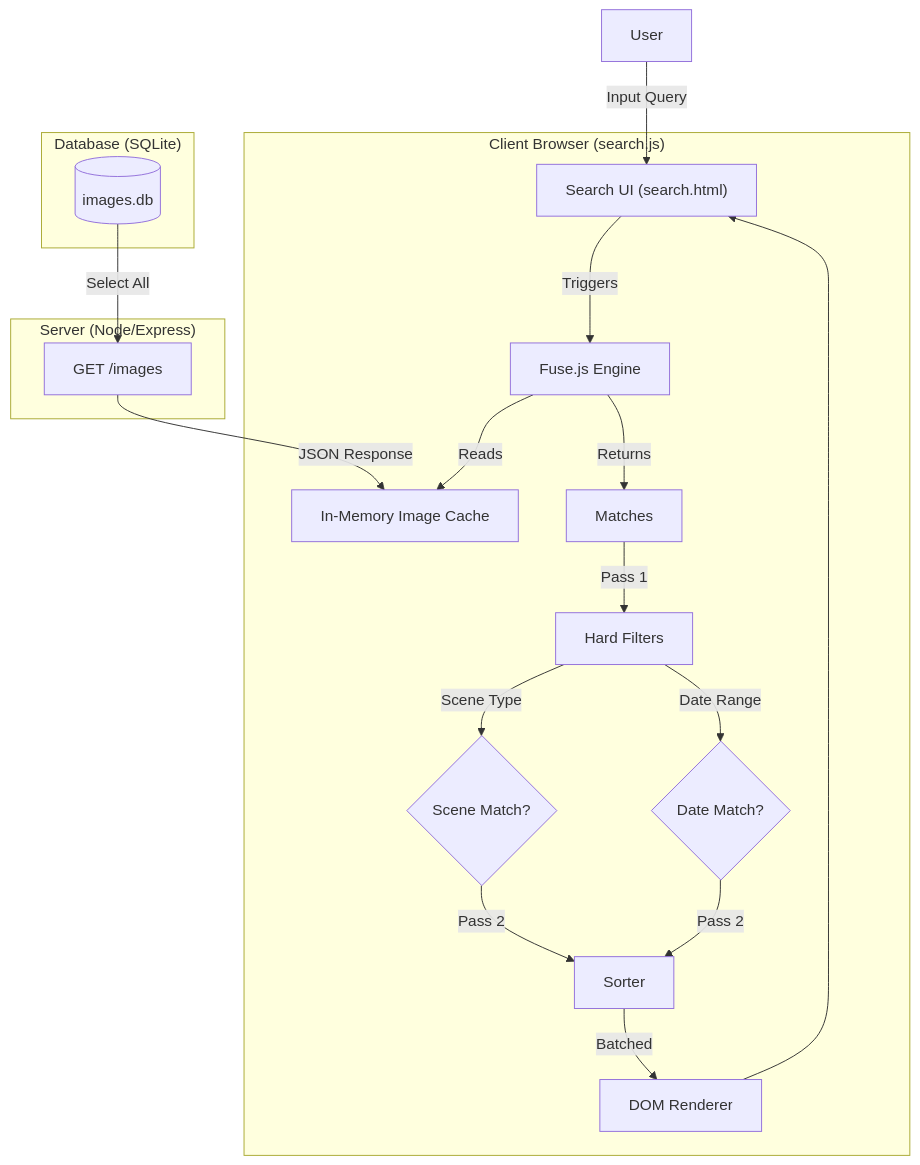
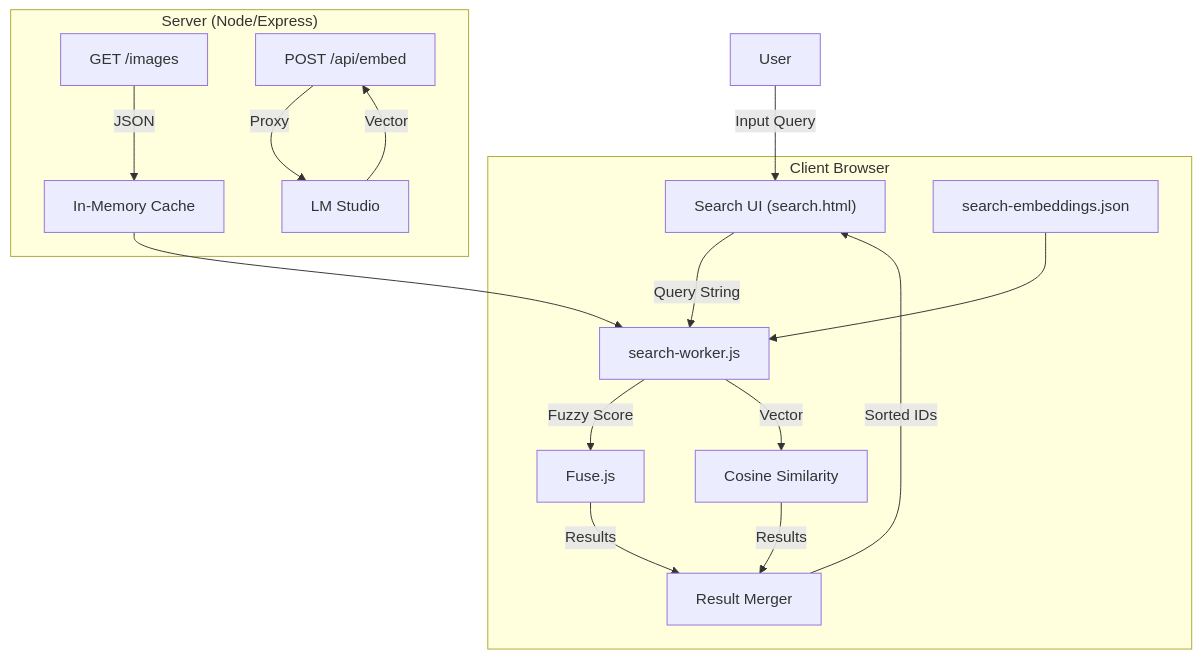
The first of 2 diagrams in readme_search.md (hellonearthis/LM-AI-studio), drawn with Mermaid before and after one commit. The commit also changed other lines of this file and 13 other files, not shown here.

````diff
--- a/readme_search.md
+++ b/readme_search.md
@@ -36,27 +43,25 @@
 ```mermaid
 graph TD
     User[User] -->|Input Query| UI["Search UI (search.html)"]
     
-    subgraph "Client Browser (search.js)"
-        UI -->|Triggers| Fuse[Fuse.js Engine]
-        Fuse -->|Reads| Memory[In-Memory Image Cache]
-        Fuse -->|Returns| RawResults[Matches]
+    subgraph "Server (Node/Express)"
+        API_Img[GET /images] -->|JSON| Cache
+        API_Embed[POST /api/embed] -->|Proxy| LMS[LM Studio]
+        LMS -->|Vector| API_Embed
+    end
+
+    subgraph "Client Browser"
+        UI -->|Query String| Worker["search-worker.js"]
         
-        RawResults -->|Pass 1| Filters[Hard Filters]
-        Filters -->|Scene Type| F_Scene{Scene Match?}
-        Filters -->|Date Range| F_Date{Date Match?}
+        Cache[In-Memory Cache] --> Worker
+        Vectors[search-embeddings.json] --> Worker
         
-        F_Scene -->|Pass 2| Sorter
-        F_Date -->|Pass 2| Sorter
-        Sorter -->|Batched| Renderer[DOM Renderer]
-        Renderer --> UI
-    end
-    
-    subgraph "Server (Node/Express)"
-        API[GET /images] -->|JSON Response| Memory
-    end
-    
-    subgraph "Database (SQLite)"
-        DB[(images.db)] -->|Select All| API
+        Worker -->|Fuzzy Score| Engine1[Fuse.js]
+        Worker -->|Vector| Engine2[Cosine Similarity]
+        
+        Engine1 -->|Results| Merger[Result Merger]
+        Engine2 -->|Results| Merger
+        
+        Merger -->|Sorted IDs| UI
     end
 ```
````
